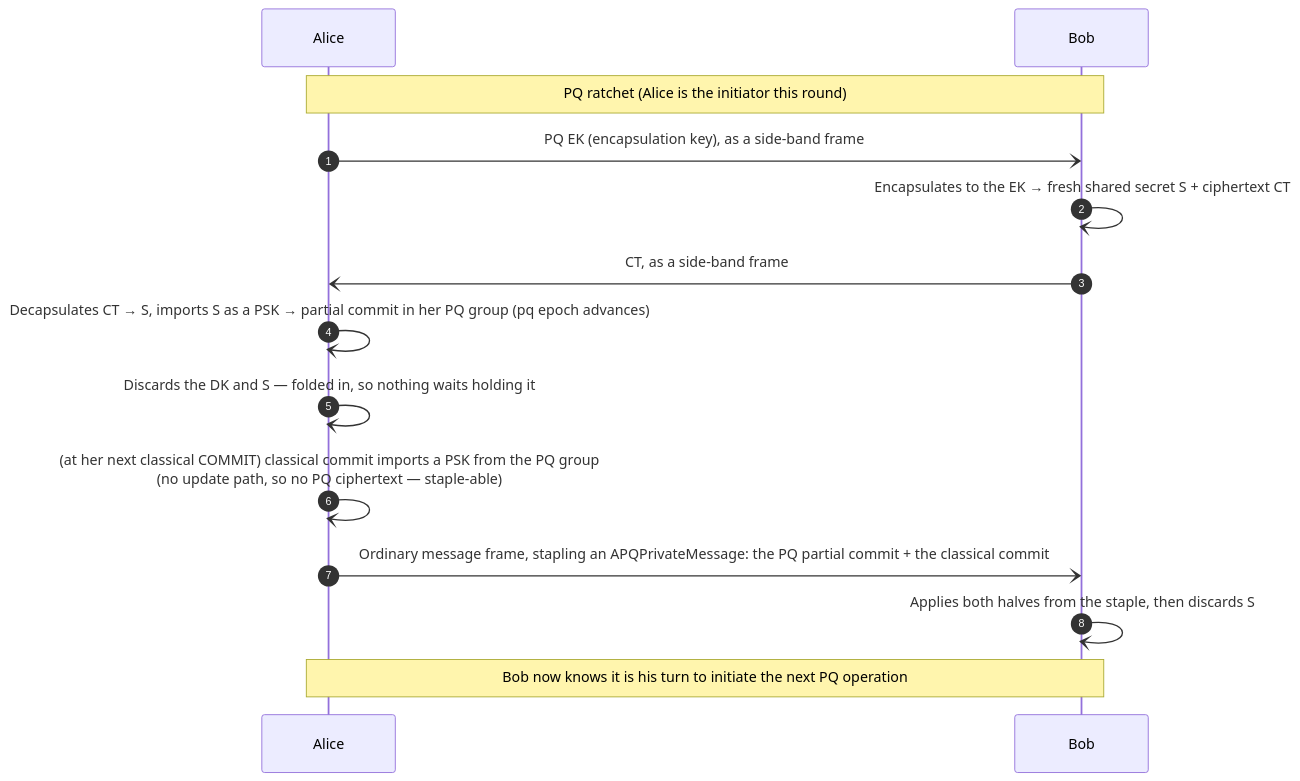
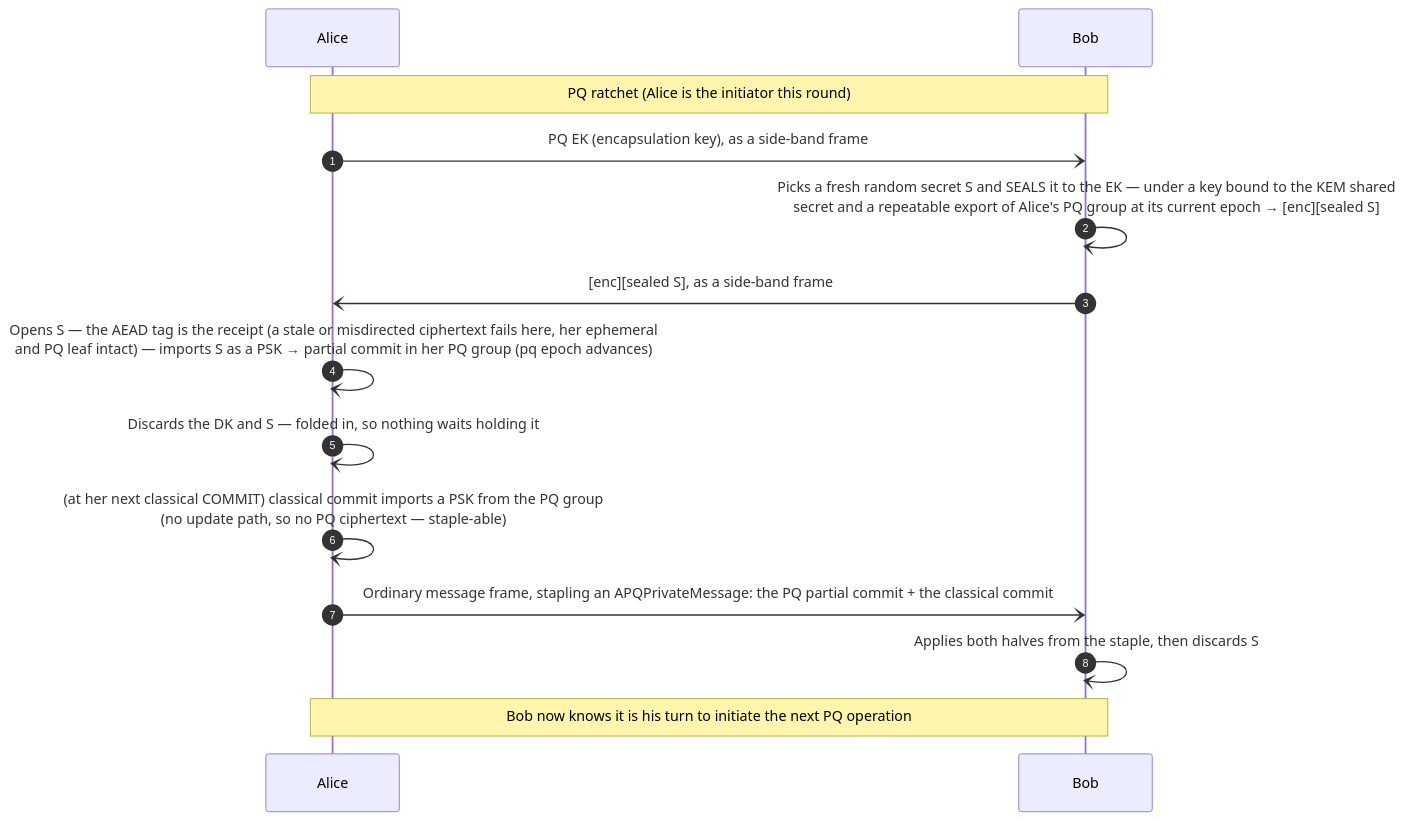
One commit to germ-network/TwoMLSPQ changed the fourth of 10 diagrams in two-mls-pq/book/src/protocol-flows.md. Above: the diagram before and after it, drawn with Mermaid. The commit also changed other lines of this file and 5 other files, not shown here.

First line of the commit message:
Bring the MSD's top-level diagrams up to the implemented protocol

````diff
--- a/two-mls-pq/book/src/protocol-flows.md
+++ b/two-mls-pq/book/src/protocol-flows.md
@@ -215,17 +217,17 @@
 ```mermaid
 sequenceDiagram
     autonumber
     participant Alice
     participant Bob
 
     Note over Alice,Bob: PQ ratchet (Alice is the initiator this round)
     Alice-)Bob: PQ EK (encapsulation key), as a side-band frame
-    Bob-)Bob: Encapsulates to the EK → fresh shared secret S + ciphertext CT
-    Bob-)Alice: CT, as a side-band frame
-    Alice-)Alice: Decapsulates CT → S, imports S as a PSK → partial commit in her PQ group (pq epoch advances)
+    Bob-)Bob: Picks a fresh random secret S and SEALS it to the EK — under a key bound to the KEM shared<br/>secret and a repeatable export of Alice's PQ group at its current epoch → [enc][sealed S]
+    Bob-)Alice: [enc][sealed S], as a side-band frame
+    Alice-)Alice: Opens S — the AEAD tag is the receipt (a stale or misdirected ciphertext fails here, her ephemeral<br/>and PQ leaf intact) — imports S as a PSK → partial commit in her PQ group (pq epoch advances)
     Alice-)Alice: Discards the DK and S — folded in, so nothing waits holding it
     Alice-)Alice: (at her next classical COMMIT) classical commit imports a PSK from the PQ group<br/>(no update path, so no PQ ciphertext — staple-able)
     Alice-)Bob: Ordinary message frame, stapling an APQPrivateMessage: the PQ partial commit + the classical commit
     Bob-)Bob: Applies both halves from the staple, then discards S
     Note over Alice,Bob: Bob now knows it is his turn to initiate the next PQ operation
 ```
````
